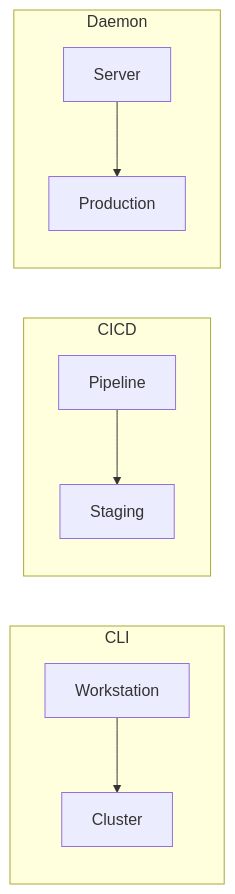
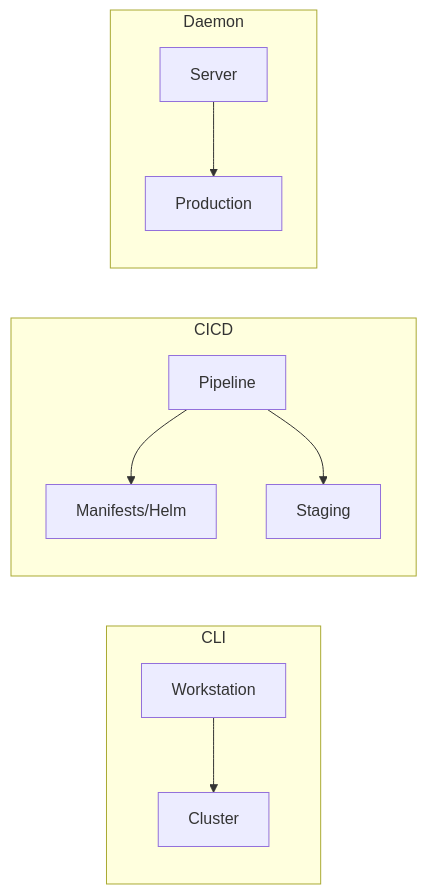
Before and after one commit to nelssec/qualys-agentless: the ninth of 9 diagrams in docs/blog/agentless-k8s-security-scanning.md, drawn with Mermaid. The commit also changed other lines of this file and 26 other files, not shown here.

````diff
--- a/docs/blog/agentless-k8s-security-scanning.md
+++ b/docs/blog/agentless-k8s-security-scanning.md
@@ -162,14 +244,15 @@
 ```mermaid
 flowchart LR
     subgraph CLI
         LAPTOP[Workstation] --> CLUSTER1[Cluster]
     end
 
     subgraph CICD
-        PIPELINE[Pipeline] --> CLUSTER2[Staging]
+        PIPELINE[Pipeline] --> MANIFESTS[Manifests/Helm]
+        PIPELINE --> CLUSTER2[Staging]
     end
 
     subgraph Daemon
         SERVER[Server] --> CLUSTER3[Production]
     end
 ```
````
